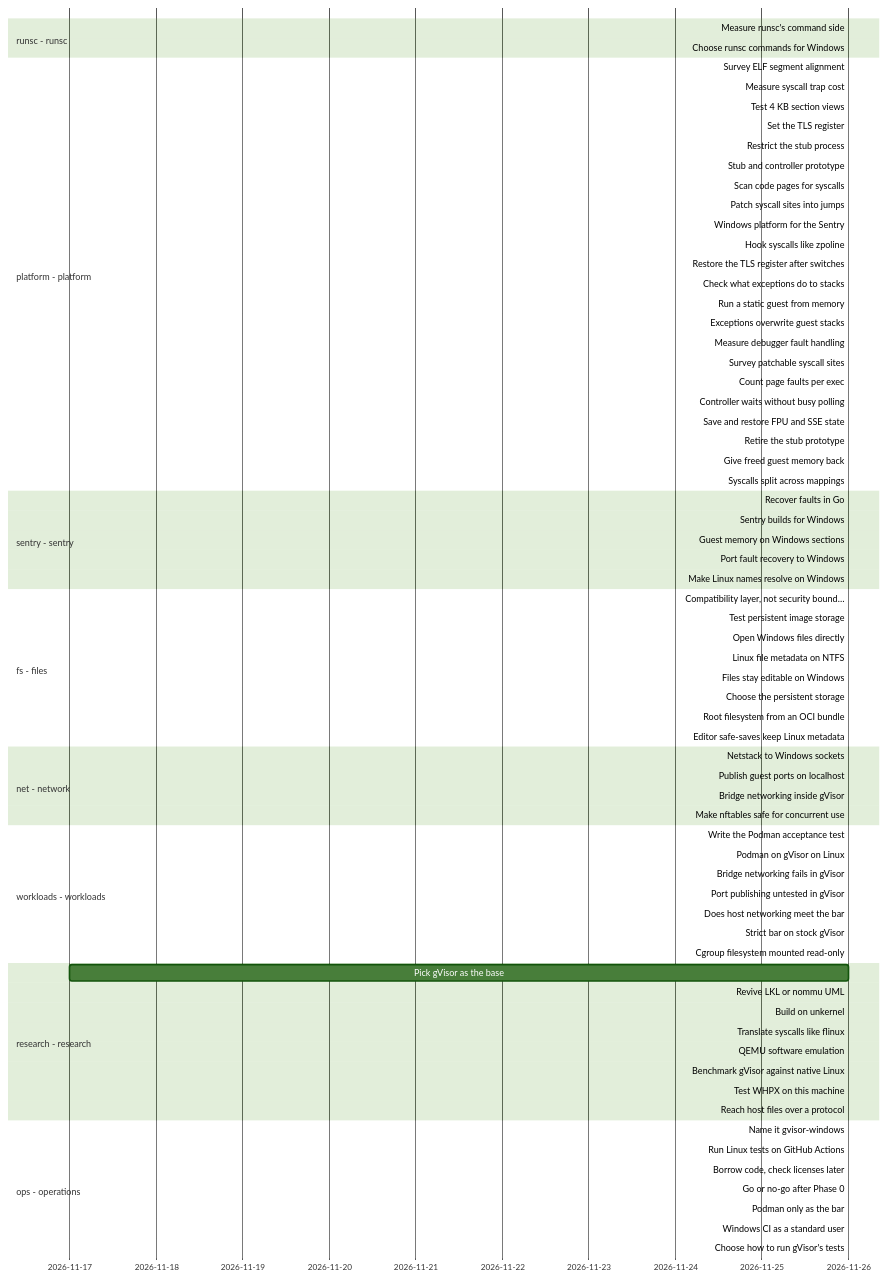
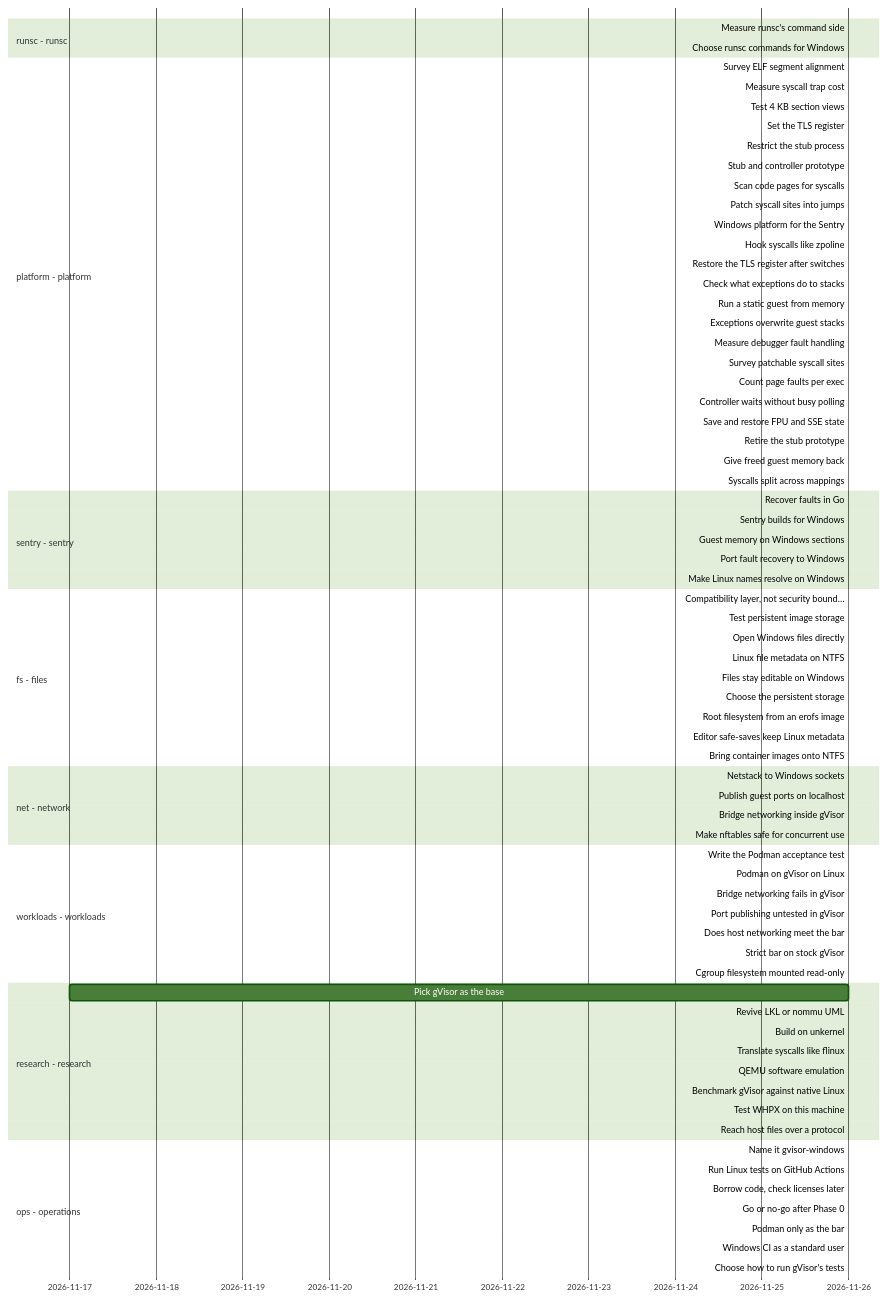
Before and after one commit to lhns/gvisor-windows: the diagram in docs/roadmap/timeline.md, drawn with Mermaid (forest theme). The commit also changed other lines of this file and 4 other files, not shown here.

First line of the commit message:
Decide the sandbox root filesystem: an erofs image (ADR 0015)

````diff
--- a/docs/roadmap/timeline.md
+++ b/docs/roadmap/timeline.md
@@ -10,76 +10,77 @@
 ```mermaid
 gantt
     dateFormat YYYY-MM-DD
     axisFormat %Y-%m-%d
     section runsc - runsc
     Measure runsc's command side :runsc_measure_cli, 2026-11-26, 2026-11-26
     Choose runsc commands for Windows :runsc_windows_commands, 2026-11-26, 2026-11-26
     section platform - platform
     Survey ELF segment alignment :platform_elf_alignment_survey, 2026-11-26, 2026-11-26
     Measure syscall trap cost :platform_trap_cost, 2026-11-26, 2026-11-26
     Test 4 KB section views :platform_4k_section_views, 2026-11-26, 2026-11-26
     Set the TLS register :platform_tls_register, 2026-11-26, 2026-11-26
     Restrict the stub process :platform_restricted_stub, 2026-11-26, 2026-11-26
     Stub and controller prototype :platform_stub_controller, 2026-11-26, 2026-11-26
     Scan code pages for syscalls :platform_page_verification, 2026-11-26, 2026-11-26
     Patch syscall sites into jumps :platform_syscall_fast_path, 2026-11-26, 2026-11-26
     Windows platform for the Sentry :platform_winstub, 2026-11-26, 2026-11-26
     Hook syscalls like zpoline :crit, platform_zpoline_hooks, 2026-11-26, 2026-11-26
     Restore the TLS register after switches :platform_fs_base_repair, 2026-11-26, 2026-11-26
     Check what exceptions do to stacks :platform_exception_stack, 2026-11-26, 2026-11-26
     Run a static guest from memory :platform_static_guest_from_memory, 2026-11-26, 2026-11-26
     Exceptions overwrite guest stacks :platform_veh_on_guest_stack_unsafe, 2026-11-26, 2026-11-26
     Measure debugger fault handling :platform_debug_event_cost, 2026-11-26, 2026-11-26
     Survey patchable syscall sites :platform_syscall_site_survey, 2026-11-26, 2026-11-26
     Count page faults per exec :platform_faults_per_exec, 2026-11-26, 2026-11-26
     Controller waits without busy polling :platform_controller_wakeups, 2026-11-26, 2026-11-26
     Save and restore FPU and SSE state :platform_fp_state, 2026-11-26, 2026-11-26
     Retire the stub prototype :platform_retire_prototype, 2026-11-26, 2026-11-26
     Give freed guest memory back :platform_memory_release, 2026-11-26, 2026-11-26
     Syscalls split across mappings :platform_split_syscall_unpatched, 2026-11-26, 2026-11-26
     section sentry - sentry
     Recover faults in Go :sentry_go_fault_recovery, 2026-11-26, 2026-11-26
     Sentry builds for Windows :sentry_windows_build, 2026-11-26, 2026-11-26
     Guest memory on Windows sections :sentry_memory_file_sections, 2026-11-26, 2026-11-26
     Port fault recovery to Windows :sentry_fault_recovery, 2026-11-26, 2026-11-26
     Make Linux names resolve on Windows :sentry_unix_shim, 2026-11-26, 2026-11-26
     section fs - files
     Compatibility layer, not security bound… :fs_compat_layer_not_boundary, 2026-11-26, 2026-11-26
     Test persistent image storage :fs_persistent_image_storage, 2026-11-26, 2026-11-26
     Open Windows files directly :fs_windows_directfs, 2026-11-26, 2026-11-26
     Linux file metadata on NTFS :fs_linux_metadata_on_ntfs, 2026-11-26, 2026-11-26
     Files stay editable on Windows :fs_handles_do_not_block_users, 2026-11-26, 2026-11-26
     Choose the persistent storage :fs_persistent_storage_choice, 2026-11-26, 2026-11-26
-    Root filesystem from an OCI bundle :fs_root_filesystem_source, 2026-11-26, 2026-11-26
+    Root filesystem from an erofs image :fs_root_filesystem_source, 2026-11-26, 2026-11-26
     Editor safe-saves keep Linux metadata :fs_safe_save_keeps_metadata, 2026-11-26, 2026-11-26
+    Bring container images onto NTFS :fs_rootfs_import, 2026-11-26, 2026-11-26
     section net - network
     Netstack to Windows sockets :net_netstack_windows_link, 2026-11-26, 2026-11-26
     Publish guest ports on localhost :net_port_forwarding, 2026-11-26, 2026-11-26
     Bridge networking inside gVisor :net_bridge_networking, 2026-11-26, 2026-11-26
     Make nftables safe for concurrent use :net_nftables_thread_safety, 2026-11-26, 2026-11-26
     section workloads - workloads
     Write the Podman acceptance test :workloads_acceptance_test, 2026-11-26, 2026-11-26
     Podman on gVisor on Linux :workloads_podman_on_gvisor_linux, 2026-11-26, 2026-11-26
     Bridge networking fails in gVisor :workloads_gvisor_bridge_netlink, 2026-11-26, 2026-11-26
     Port publishing untested in gVisor :workloads_gvisor_port_publishing, 2026-11-26, 2026-11-26
     Does host networking meet the bar :workloads_bar_host_network, 2026-11-26, 2026-11-26
     Strict bar on stock gVisor :workloads_strict_bar_linux, 2026-11-26, 2026-11-26
     Cgroup filesystem mounted read-only :workloads_gvisor_cgroupfs_readonly, 2026-11-26, 2026-11-26
     section research - research
     Pick gVisor as the base :research_gvisor_base, 2026-11-17, 2026-11-26
     Revive LKL or nommu UML :crit, research_lkl_nommu, 2026-11-26, 2026-11-26
     Build on unkernel :crit, research_unkernel, 2026-11-26, 2026-11-26
     Translate syscalls like flinux :crit, research_flinux_translation, 2026-11-26, 2026-11-26
     QEMU software emulation :crit, research_qemu_emulation, 2026-11-26, 2026-11-26
     Benchmark gVisor against native Linux :research_gvisor_benchmark, 2026-11-26, 2026-11-26
     Test WHPX on this machine :crit, research_whpx_this_machine, 2026-11-26, 2026-11-26
     Reach host files over a protocol :crit, research_file_protocol, 2026-11-26, 2026-11-26
     section ops - operations
     Name it gvisor-windows :ops_name_and_fork, 2026-11-26, 2026-11-26
     Run Linux tests on GitHub Actions :ops_linux_tests_on_actions, 2026-11-26, 2026-11-26
     Borrow code, check licenses later :ops_borrow_code, 2026-11-26, 2026-11-26
     Go or no-go after Phase 0 :ops_phase0_go_no_go, 2026-11-26, 2026-11-26
     Podman only as the bar :ops_podman_only_the_bar, 2026-11-26, 2026-11-26
     Windows CI as a standard user :ops_windows_ci_standard_user, 2026-11-26, 2026-11-26
     Choose how to run gVisor's tests :ops_syscall_test_strategy, 2026-11-26, 2026-11-26
 ```
````
